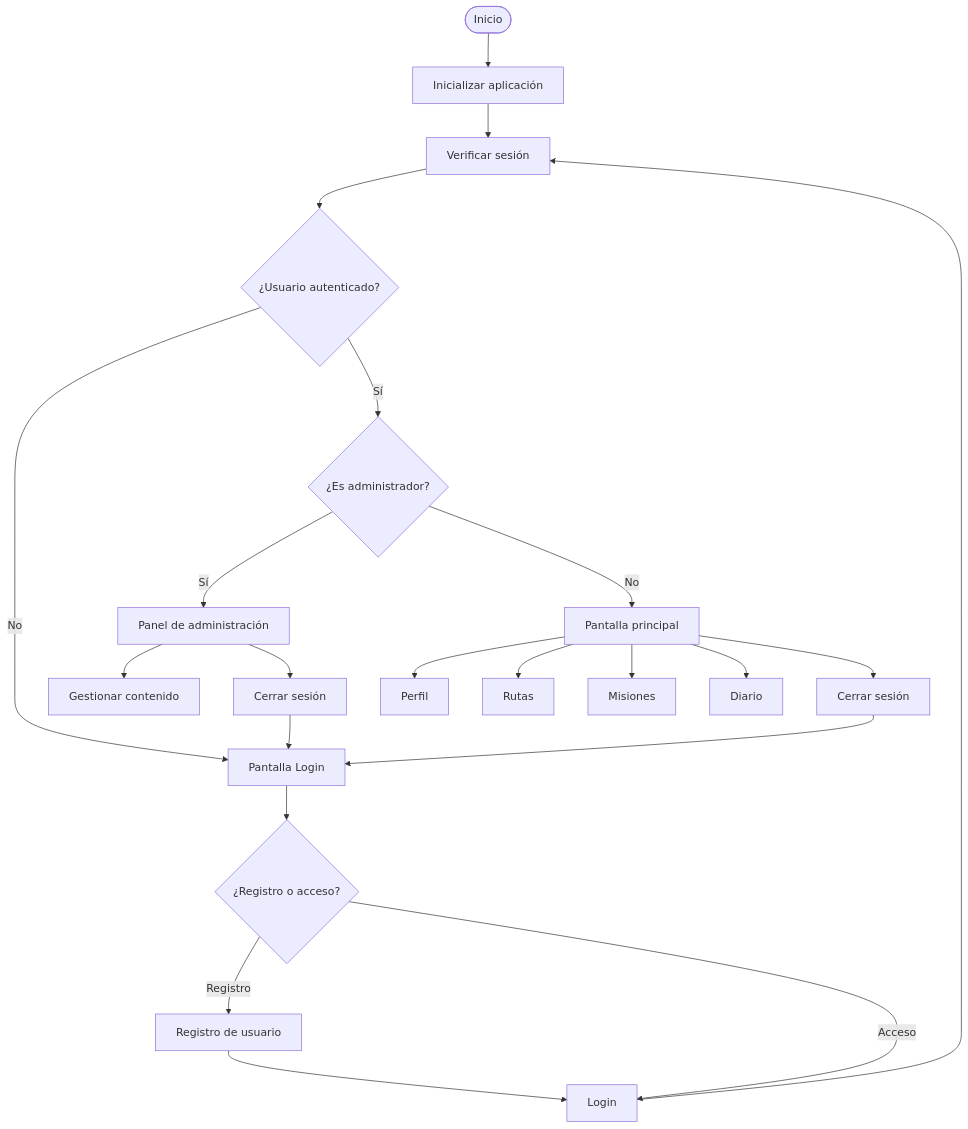
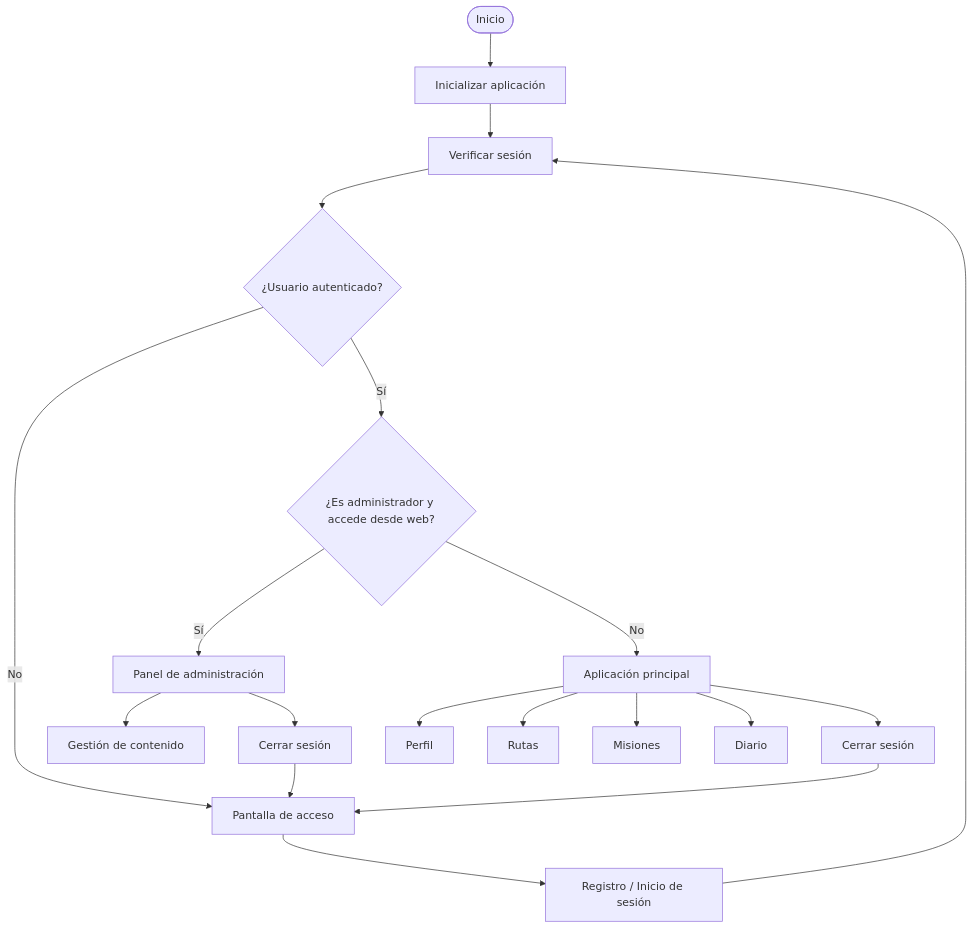
Before and after one commit to TurisTechTeam-Dev/rutexgo-assets: the fourth of 4 diagrams in diagrama.md, drawn with Mermaid.

````diff
--- a/diagrama.md
+++ b/diagrama.md
@@ -212,28 +212,25 @@
 ```mermaid
 flowchart TD
     A([Inicio]) --> B[Inicializar aplicación]
     B --> C[Verificar sesión]
     C --> D{¿Usuario autenticado?}
 
-    D -- No --> E[Pantalla Login]
-    E --> F{¿Registro o acceso?}
-    F -- Registro --> G[Registro de usuario]
-    F -- Acceso --> H[Login]
-    G --> H
-    H --> C
+    D -- No --> E[Pantalla de acceso]
+    E --> F[Registro / Inicio de sesión]
+    F --> C
 
-    D -- Sí --> I{¿Es administrador?}
-    I -- Sí --> J[Panel de administración]
-    I -- No --> K[Pantalla principal]
+    D -- Sí --> G{¿Es administrador y accede desde web?}
+    G -- Sí --> H[Panel de administración]
+    G -- No --> I[Aplicación principal]
 
-    J --> L[Gestionar contenido]
-    J --> M[Cerrar sesión]
-    M --> E
+    I --> J[Perfil]
+    I --> K[Rutas]
+    I --> L[Misiones]
+    I --> M[Diario]
+    I --> N[Cerrar sesión]
+    N --> E
 
-    K --> N[Perfil]
-    K --> O[Rutas]
-    K --> P[Misiones]
-    K --> Q[Diario]
-    K --> R[Cerrar sesión]
-    R --> E
+    H --> O[Gestión de contenido]
+    H --> P[Cerrar sesión]
+    P --> E
 ```
````
